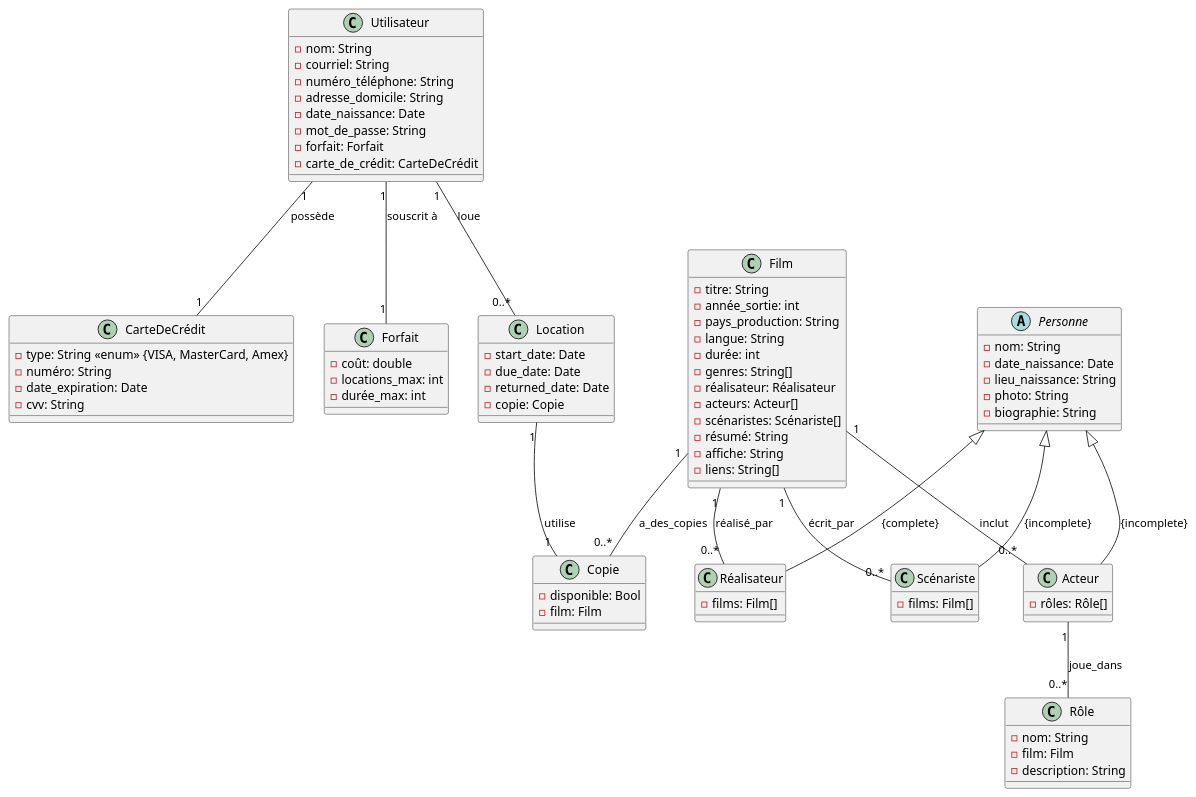
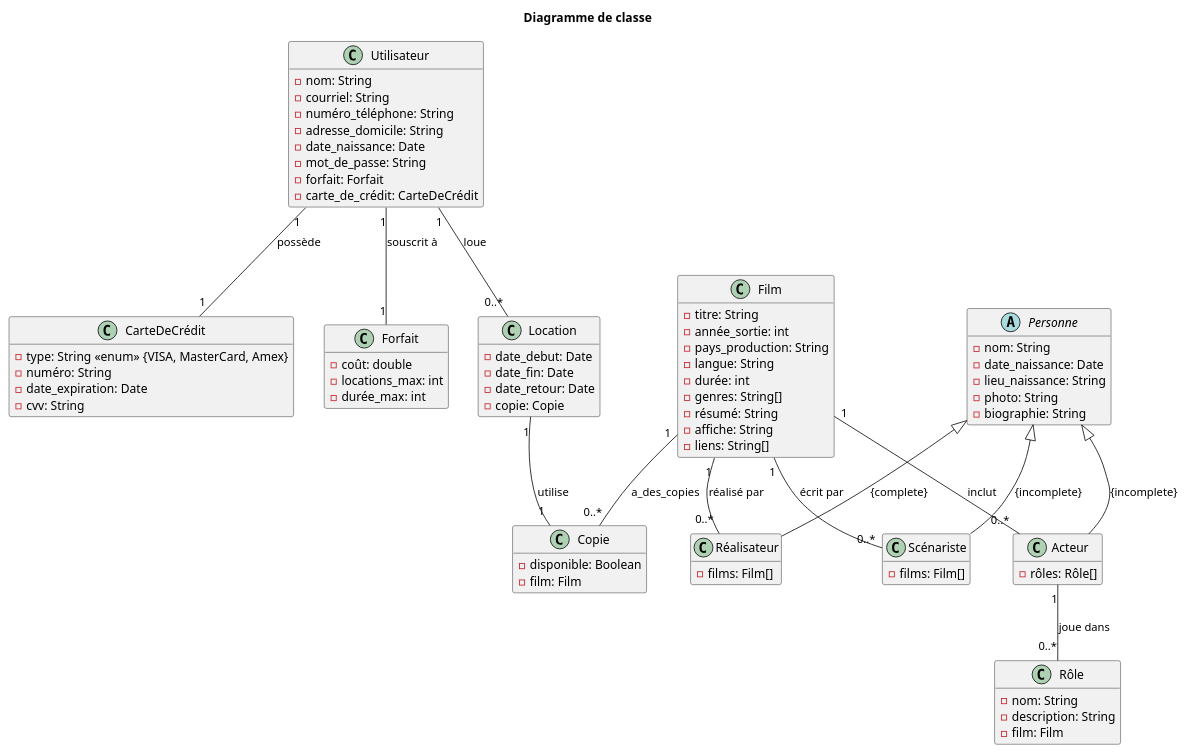
The diagram in docs/class.puml (snakedye/LOG660-01), drawn with PlantUML before and after one commit. The commit also changed 3 other files, not shown here.

Commit message:
Refactor class diagram to hide empty members and footbox

```diff
--- a/docs/class.puml
+++ b/docs/class.puml
@@ -1,106 +1,107 @@
 @startuml class diagram
+
+title Diagramme de classe
+hide empty members
+
 ' Classe principale Utilisateur 
 class Utilisateur {
   - nom: String
   - courriel: String
   - numéro_téléphone: String
   - adresse_domicile: String
   - date_naissance: Date
   - mot_de_passe: String
   - forfait: Forfait
   - carte_de_crédit: CarteDeCrédit
 }
 
 ' Carte de Crédit
 class CarteDeCrédit {
   - type: String <<enum>> {VISA, MasterCard, Amex}
   - numéro: String
   - date_expiration: Date
   - cvv: String
 }
 
 ' Forfait
 class Forfait {
   - coût: double
   - locations_max: int
   - durée_max: int
 }
 
 ' Location
 class Location {
-  - start_date: Date
-  - due_date: Date
-  - returned_date: Date
+  - date_debut: Date
+  - date_fin: Date
+  - date_retour: Date
   - copie: Copie
 }
 
 ' Film
 class Film {
   - titre: String
   - année_sortie: int
   - pays_production: String
   - langue: String
   - durée: int
   - genres: String[]
-  - réalisateur: Réalisateur
-  - acteurs: Acteur[]
-  - scénaristes: Scénariste[]
   - résumé: String
   - affiche: String
   - liens: String[]
 }
 
 ' Réalisateur hérite de Personne
 class Réalisateur {
   - films: Film[]
 }
 
 ' Scénariste hérite de Personne
 class Scénariste {
   - films: Film[]
 }
 
 ' Acteur hérite de Personne
 class Acteur {
   - rôles: Rôle[]
 }
 
 ' Rôle
 class Rôle {
   - nom: String
+  - description: String
   - film: Film
-  - description: String
 }
 
 ' Personne (classe parent abstraite)
 abstract class Personne {
   - nom: String
   - date_naissance: Date
   - lieu_naissance: String
   - photo: String
   - biographie: String
 }
 
 ' Classe Copie pour les copies de films
 class Copie {
-  - disponible: Bool
+  - disponible: Boolean
   - film: Film
 }
 
 ' Associations
 Utilisateur "1" -- "1" CarteDeCrédit : possède
 Utilisateur "1" -- "1" Forfait : souscrit à
 Utilisateur "1" -- "0..*" Location : loue
 Location "1" -- "1" Copie : utilise
-Film "1" -- "0..*" Réalisateur : réalisé_par
+Film "1" -- "0..*" Réalisateur : réalisé par
 Film "1" -- "0..*" Acteur : inclut
-Film "1" -- "0..*" Scénariste : écrit_par
+Film "1" -- "0..*" Scénariste : écrit par
 Film "1" -- "0..*" Copie : a_des_copies
-Acteur "1" -- "0..*" Rôle : joue_dans
+Acteur "1" -- "0..*" Rôle : joue dans
 
-' Ajout des contraintes de spécialisation
+' Contraintes de spécialisation
 Personne <|-- Réalisateur : {complete}
 Personne <|-- Acteur : {incomplete}
 Personne <|-- Scénariste : {incomplete}
 
 @enduml
```
